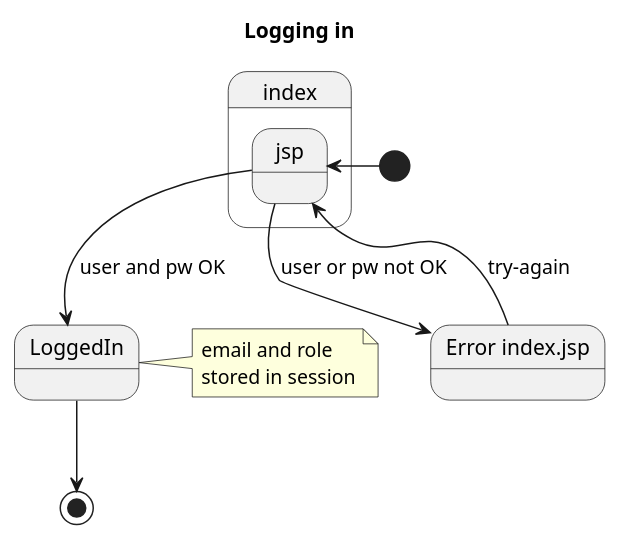
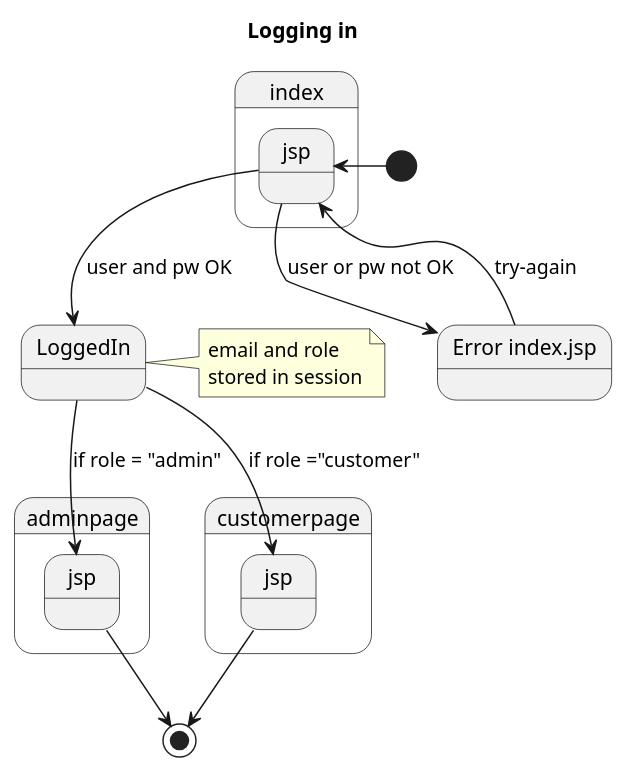
The diagram in OlskerCupcakes/UML/State.puml (MivleDK/olskercupcake), drawn with PlantUML before and after one commit. The commit also changed 151 other files, not shown here.

```diff
--- a/OlskerCupcakes/UML/State.puml
+++ b/OlskerCupcakes/UML/State.puml
@@ -1,19 +1,24 @@
 @startuml
 
 Title Logging in
 State index.jsp
 State "Error index.jsp" as error
 State LoggedIn
+State adminpage.jsp
+State customerpage.jsp
 
 note right of LoggedIn
 email and role
 stored in session
 end note
 
 [*] -> index.jsp
 index.jsp --> LoggedIn : user and pw OK
 error --> index.jsp : try-again
 index.jsp --> error : user or pw not OK
-LoggedIn --> [*]
+LoggedIn --> adminpage.jsp : if role = "admin"
+LoggedIn --> customerpage.jsp : if role ="customer"
+adminpage.jsp -->[*]
+customerpage.jsp -->[*]
 
 @enduml
```
